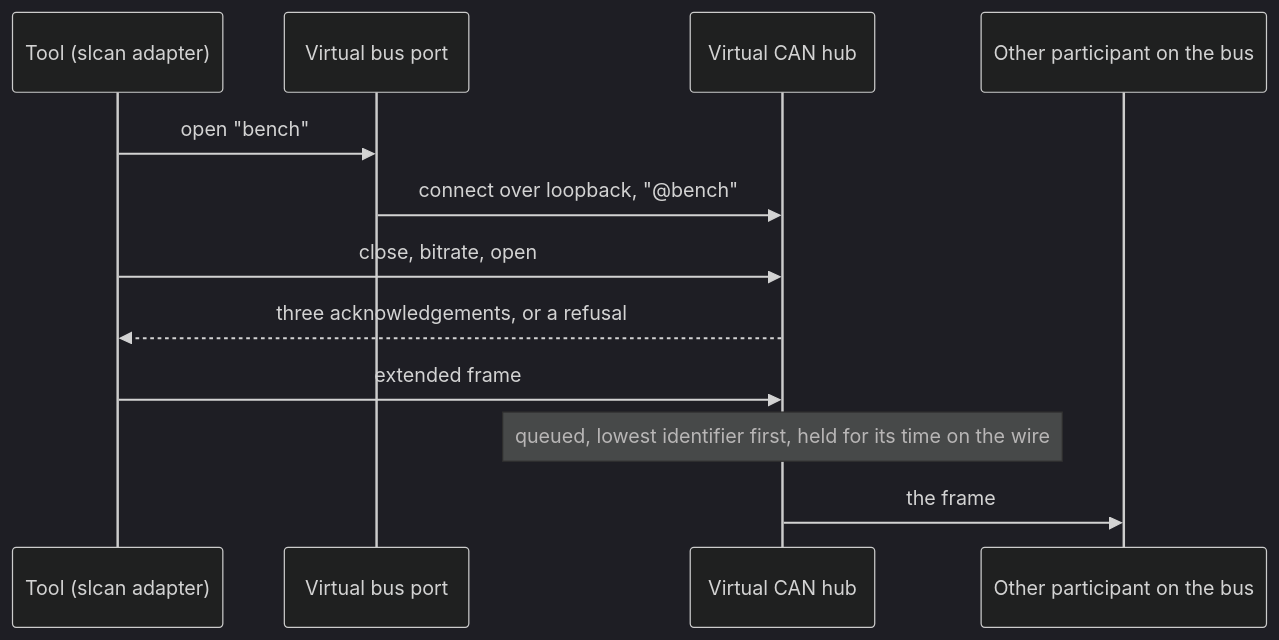
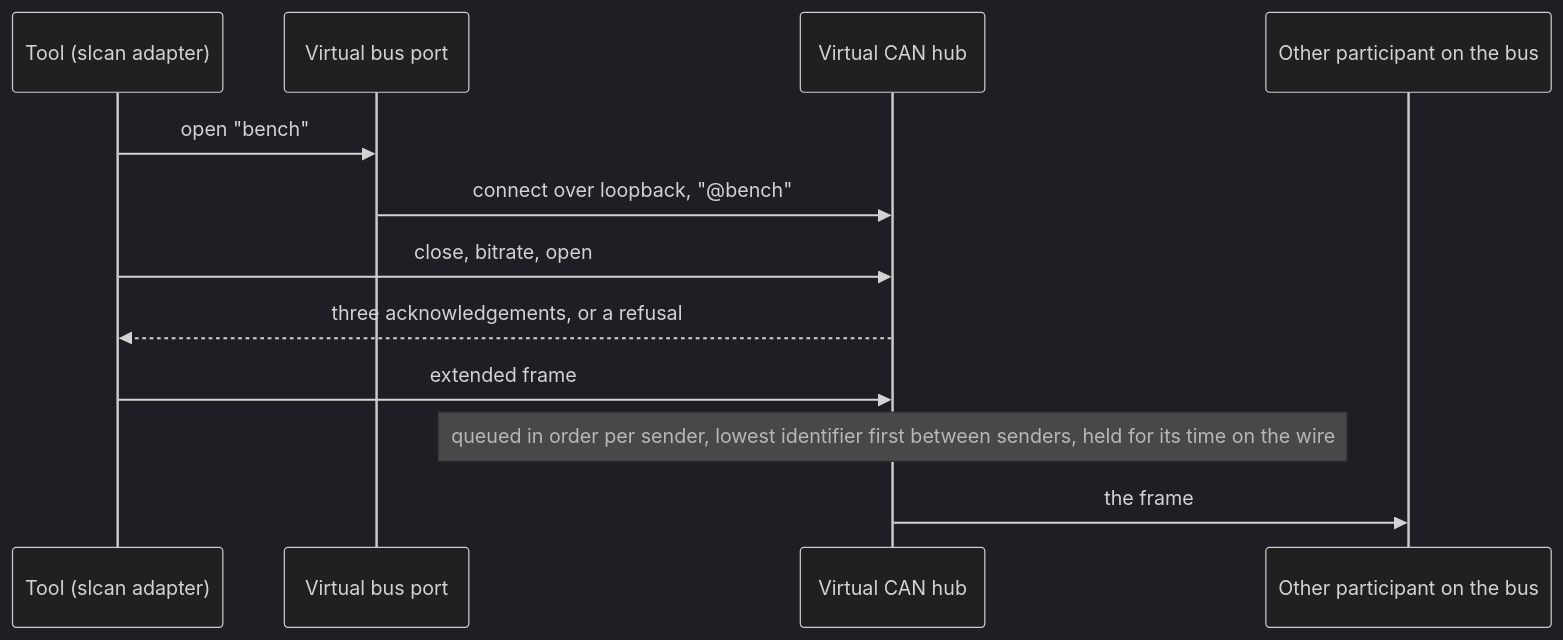
One commit to embedded-pro/can-lite changed the fourth of 4 diagrams in documents/booklet/03-hal-and-drivers.md. Above: the diagram before and after it, drawn with Mermaid (dark theme). The commit also changed other lines of this file and 6 other files, not shown here.

First line of the commit message:
fix(drivers): virtual hub keeps its bus rate when its host runs late; rebind its port at once (#98)

````diff
--- a/documents/booklet/03-hal-and-drivers.md
+++ b/documents/booklet/03-hal-and-drivers.md
@@ -271,14 +272,14 @@
 ```mermaid
 sequenceDiagram
     participant Tool as Tool (slcan adapter)
     participant Port as Virtual bus port
     participant Hub as Virtual CAN hub
     participant Peer as Other participant on the bus
     Tool->>Port: open "bench"
     Port->>Hub: connect over loopback, "@bench"
     Tool->>Hub: close, bitrate, open
     Hub-->>Tool: three acknowledgements, or a refusal
     Tool->>Hub: extended frame
-    Note over Hub: queued, lowest identifier first, held for its time on the wire
+    Note over Hub: queued in order per sender, lowest identifier first between senders, held for its time on the wire
     Hub->>Peer: the frame
 ```
````
